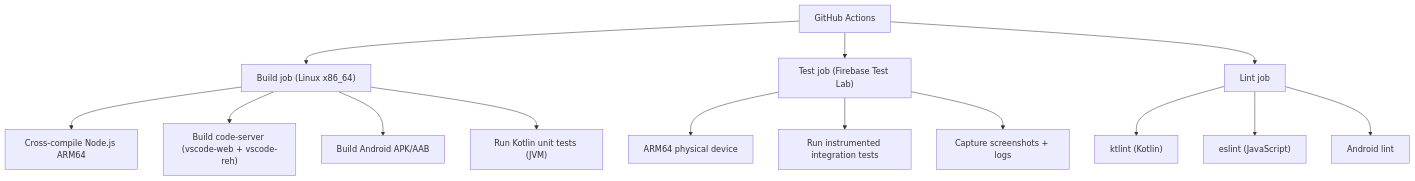
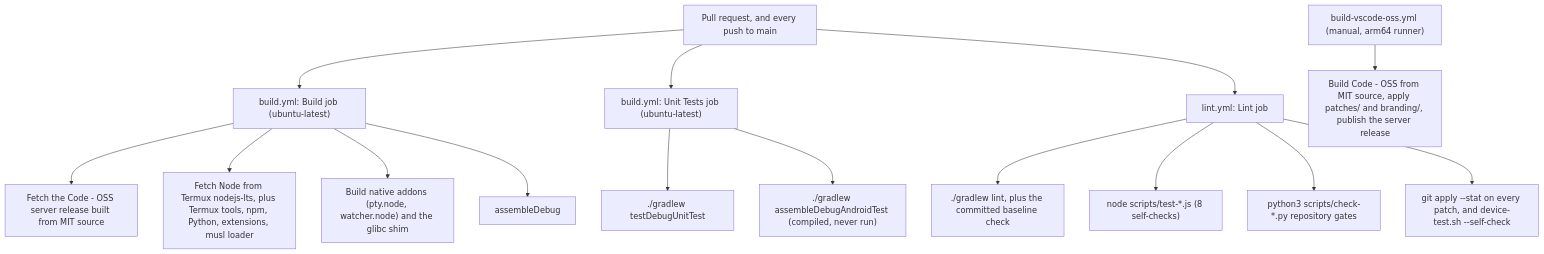
One commit to cuixinyuan666/vscodroid changed the second of 3 diagrams in docs/07-TESTING_STRATEGY.md. Above: the diagram before and after it, drawn with Mermaid. The commit also changed other lines of this file and 11 other files, not shown here.

````diff
--- a/docs/07-TESTING_STRATEGY.md
+++ b/docs/07-TESTING_STRATEGY.md
@@ -176,18 +208,20 @@
 ```mermaid
 flowchart TD
-  CI["GitHub Actions"] --> BUILD["Build job (Linux x86_64)"]
-  BUILD --> B1["Cross-compile Node.js ARM64"]
-  BUILD --> B2["Build code-server (vscode-web + vscode-reh)"]
-  BUILD --> B3["Build Android APK/AAB"]
-  BUILD --> B4["Run Kotlin unit tests (JVM)"]
+  PR["Pull request, and every push to main"] --> BUILD["build.yml: Build job (ubuntu-latest)"]
+  BUILD --> B1["Fetch the Code - OSS server release built from MIT source"]
+  BUILD --> B2["Fetch Node from Termux nodejs-lts, plus Termux tools, npm, Python, extensions, musl loader"]
+  BUILD --> B3["Build native addons (pty.node, watcher.node) and the glibc shim"]
+  BUILD --> B4["assembleDebug"]
 
-  CI --> TEST["Test job (Firebase Test Lab)"]
-  TEST --> T1["ARM64 physical device"]
-  TEST --> T2["Run instrumented integration tests"]
-  TEST --> T3["Capture screenshots + logs"]
+  PR --> TEST["build.yml: Unit Tests job (ubuntu-latest)"]
+  TEST --> T1["./gradlew testDebugUnitTest"]
+  TEST --> T2["./gradlew assembleDebugAndroidTest (compiled, never run)"]
 
-  CI --> LINT["Lint job"]
-  LINT --> L1["ktlint (Kotlin)"]
-  LINT --> L2["eslint (JavaScript)"]
-  LINT --> L3["Android lint"]
+  PR --> LINT["lint.yml: Lint job"]
+  LINT --> L1["./gradlew lint, plus the committed baseline check"]
+  LINT --> L2["node scripts/test-*.js (8 self-checks)"]
+  LINT --> L3["python3 scripts/check-*.py repository gates"]
+  LINT --> L4["git apply --stat on every patch, and device-test.sh --self-check"]
+
+  MAN["build-vscode-oss.yml (manual, arm64 runner)"] --> M1["Build Code - OSS from MIT source, apply patches/ and branding/, publish the server release"]
 ```
````
